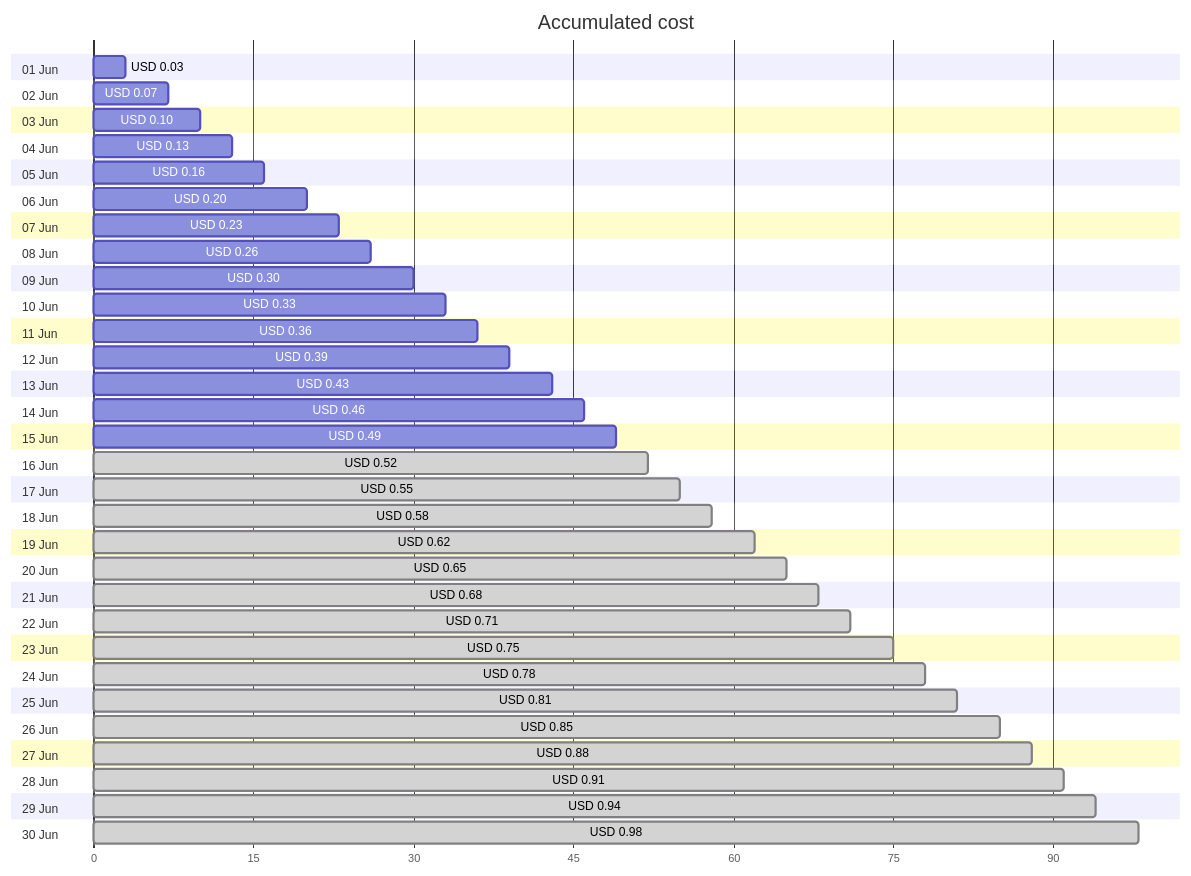
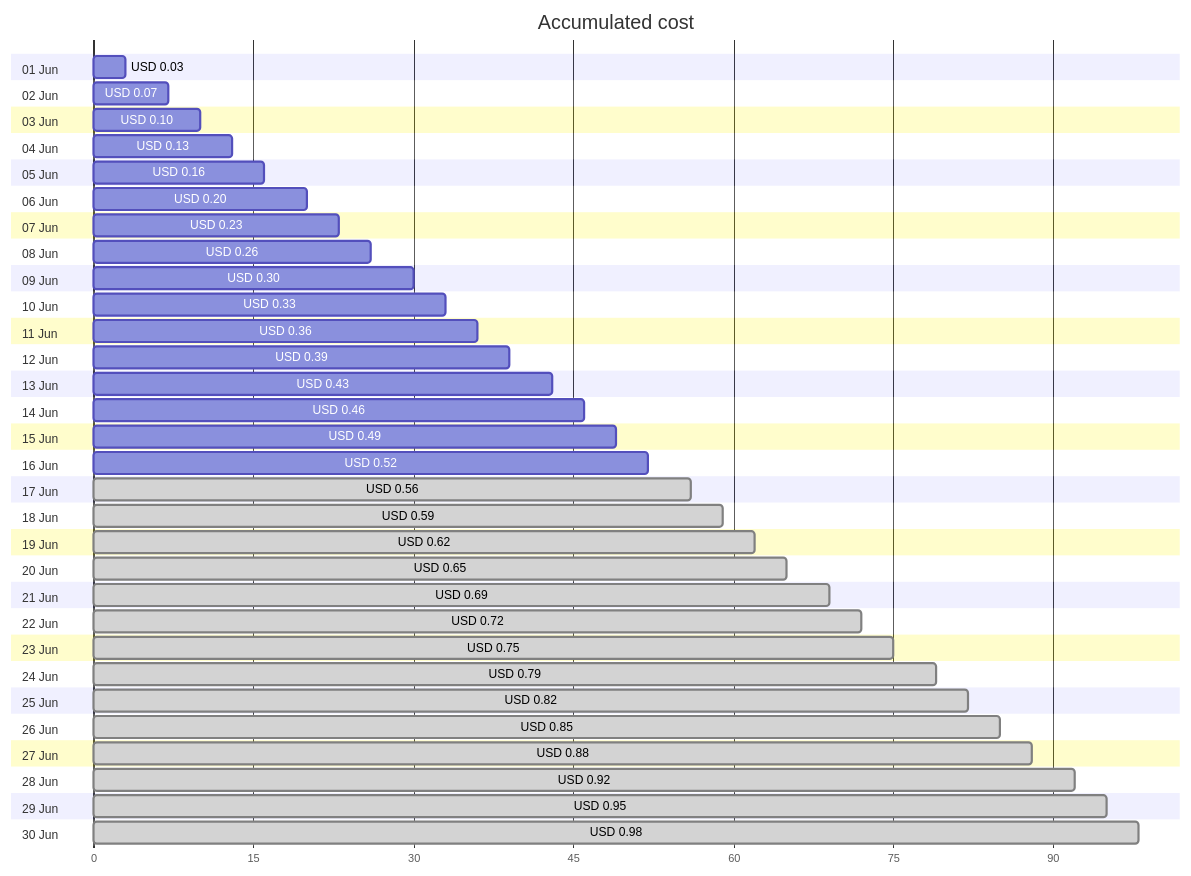
Before and after one commit to jpfulton/azure-personal-reports: the first of 4 diagrams in cost-reports/personal-dns/README.md, drawn with Mermaid. The commit also changed other lines of this file and 2 other files, not shown here.

````diff
--- a/cost-reports/personal-dns/README.md
+++ b/cost-reports/personal-dns/README.md
@@ -20,66 +20,66 @@
 ```mermaid
 gantt
    title Accumulated cost
    dateFormat  X
    axisFormat %s
    section 01 Jun
    USD 0.03 :0, 3
    section 02 Jun
    USD 0.07 :0, 7
    section 03 Jun
    USD 0.10 :0, 10
    section 04 Jun
    USD 0.13 :0, 13
    section 05 Jun
    USD 0.16 :0, 16
    section 06 Jun
    USD 0.20 :0, 20
    section 07 Jun
    USD 0.23 :0, 23
    section 08 Jun
    USD 0.26 :0, 26
    section 09 Jun
    USD 0.30 :0, 30
    section 10 Jun
    USD 0.33 :0, 33
    section 11 Jun
    USD 0.36 :0, 36
    section 12 Jun
    USD 0.39 :0, 39
    section 13 Jun
    USD 0.43 :0, 43
    section 14 Jun
    USD 0.46 :0, 46
    section 15 Jun
    USD 0.49 :0, 49
    section 16 Jun
-   USD 0.52 : done, 0, 52
+   USD 0.52 :0, 52
    section 17 Jun
-   USD 0.55 : done, 0, 55
+   USD 0.56 : done, 0, 56
    section 18 Jun
-   USD 0.58 : done, 0, 58
+   USD 0.59 : done, 0, 59
    section 19 Jun
    USD 0.62 : done, 0, 62
    section 20 Jun
    USD 0.65 : done, 0, 65
    section 21 Jun
-   USD 0.68 : done, 0, 68
+   USD 0.69 : done, 0, 69
    section 22 Jun
-   USD 0.71 : done, 0, 71
+   USD 0.72 : done, 0, 72
    section 23 Jun
    USD 0.75 : done, 0, 75
    section 24 Jun
-   USD 0.78 : done, 0, 78
+   USD 0.79 : done, 0, 79
    section 25 Jun
-   USD 0.81 : done, 0, 81
+   USD 0.82 : done, 0, 82
    section 26 Jun
    USD 0.85 : done, 0, 85
    section 27 Jun
    USD 0.88 : done, 0, 88
    section 28 Jun
-   USD 0.91 : done, 0, 91
+   USD 0.92 : done, 0, 92
    section 29 Jun
-   USD 0.94 : done, 0, 94
+   USD 0.95 : done, 0, 95
    section 30 Jun
    USD 0.98 : done, 0, 98
 ```
````
